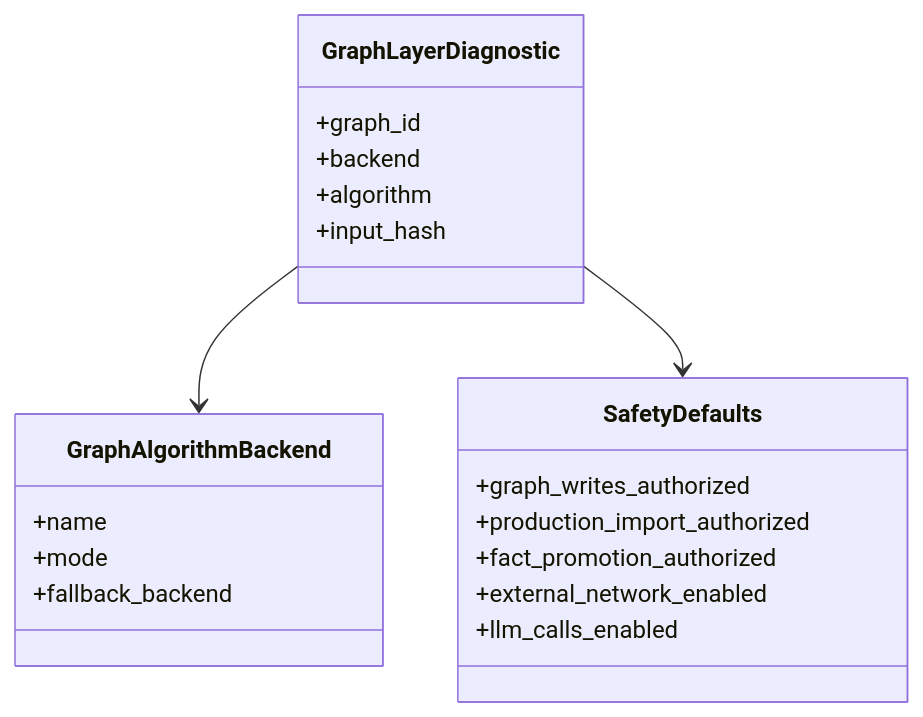
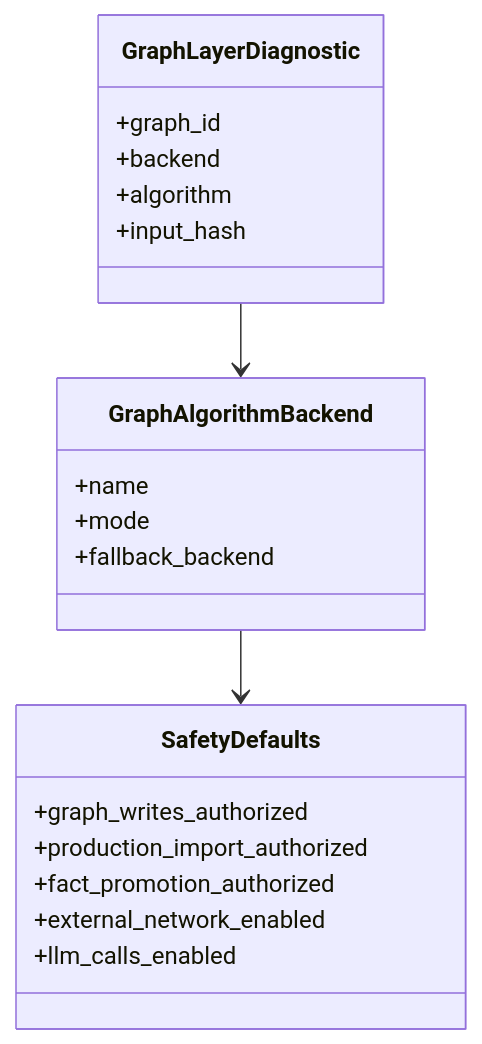
Before and after one commit to rager306/daily-archive: the fifth of 6 diagrams in doc/adr/ADR-016-graph-library-selection.md, drawn with Mermaid. The commit also changed other lines of this file and 8 other files, not shown here.

````diff
--- a/doc/adr/ADR-016-graph-library-selection.md
+++ b/doc/adr/ADR-016-graph-library-selection.md
@@ -322,26 +373,26 @@
 ```mermaid
 classDiagram
     class GraphLayerDiagnostic {
       +graph_id
       +backend
       +algorithm
       +input_hash
     }
 
     class GraphAlgorithmBackend {
       +name
       +mode
       +fallback_backend
     }
 
     class SafetyDefaults {
       +graph_writes_authorized
       +production_import_authorized
       +fact_promotion_authorized
       +external_network_enabled
       +llm_calls_enabled
     }
 
     GraphLayerDiagnostic --> GraphAlgorithmBackend
-    GraphLayerDiagnostic --> SafetyDefaults
+    GraphAlgorithmBackend --> SafetyDefaults
 ```
````
